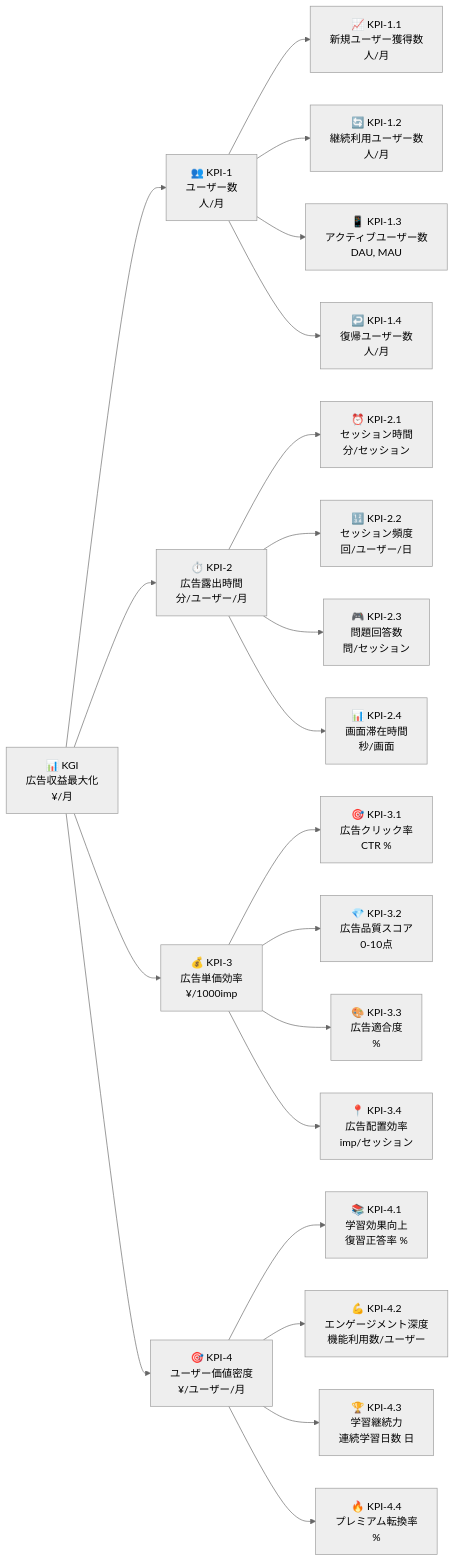
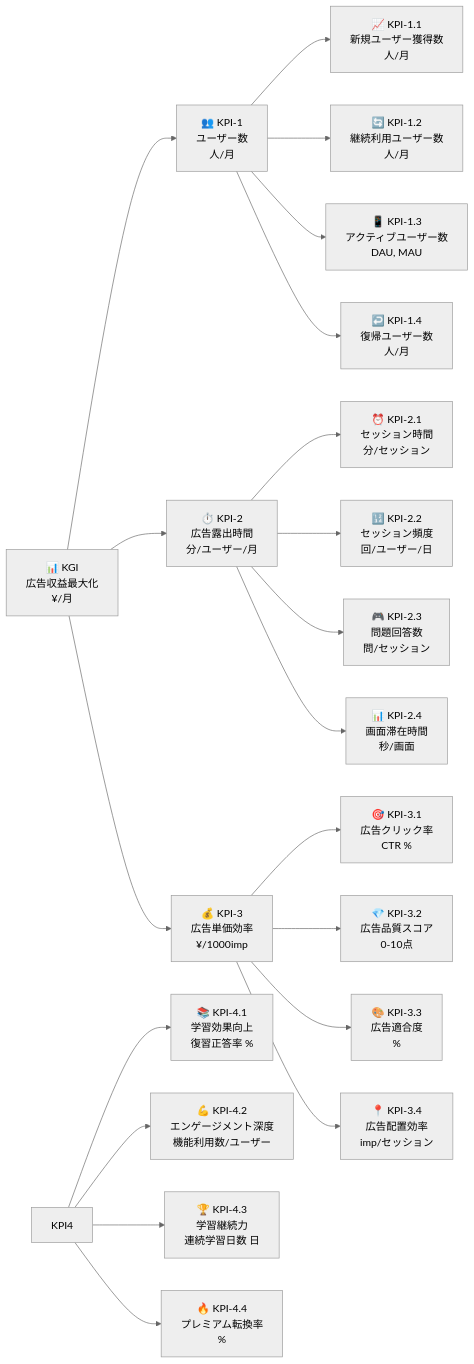
The diagram in docs/tmp/monitoring/kgi-kpi-tree-structure.md (tanacchi/your-quiz), drawn with Mermaid (neutral theme) before and after one commit.

````diff
--- a/docs/tmp/monitoring/kgi-kpi-tree-structure.md
+++ b/docs/tmp/monitoring/kgi-kpi-tree-structure.md
@@ -18,27 +18,27 @@
 ```mermaid
 graph LR
     KGI[📊 KGI<br/>広告収益最大化<br/>¥/月] --> KPI1[👥 KPI-1<br/>ユーザー数<br/>人/月]
     KGI --> KPI2[⏱️ KPI-2<br/>広告露出時間<br/>分/ユーザー/月]
     KGI --> KPI3[💰 KPI-3<br/>広告単価効率<br/>¥/1000imp]
-    KGI --> KPI4[🎯 KPI-4<br/>ユーザー価値密度<br/>¥/ユーザー/月]
+    
     
     KPI1 --> KPI11[📈 KPI-1.1<br/>新規ユーザー獲得数<br/>人/月]
     KPI1 --> KPI12[🔄 KPI-1.2<br/>継続利用ユーザー数<br/>人/月]
     KPI1 --> KPI13[📱 KPI-1.3<br/>アクティブユーザー数<br/>DAU, MAU]
     KPI1 --> KPI14[↩️ KPI-1.4<br/>復帰ユーザー数<br/>人/月]
     
     KPI2 --> KPI21[⏰ KPI-2.1<br/>セッション時間<br/>分/セッション]
     KPI2 --> KPI22[🔢 KPI-2.2<br/>セッション頻度<br/>回/ユーザー/日]
     KPI2 --> KPI23[🎮 KPI-2.3<br/>問題回答数<br/>問/セッション]
     KPI2 --> KPI24[📊 KPI-2.4<br/>画面滞在時間<br/>秒/画面]
     
     KPI3 --> KPI31[🎯 KPI-3.1<br/>広告クリック率<br/>CTR %]
     KPI3 --> KPI32[💎 KPI-3.2<br/>広告品質スコア<br/>0-10点]
     KPI3 --> KPI33[🎨 KPI-3.3<br/>広告適合度<br/>%]
     KPI3 --> KPI34[📍 KPI-3.4<br/>広告配置効率<br/>imp/セッション]
     
     KPI4 --> KPI41[📚 KPI-4.1<br/>学習効果向上<br/>復習正答率 %]
     KPI4 --> KPI42[💪 KPI-4.2<br/>エンゲージメント深度<br/>機能利用数/ユーザー]
     KPI4 --> KPI43[🏆 KPI-4.3<br/>学習継続力<br/>連続学習日数 日]
     KPI4 --> KPI44[🔥 KPI-4.4<br/>プレミアム転換率<br/>%]
 ```
````
